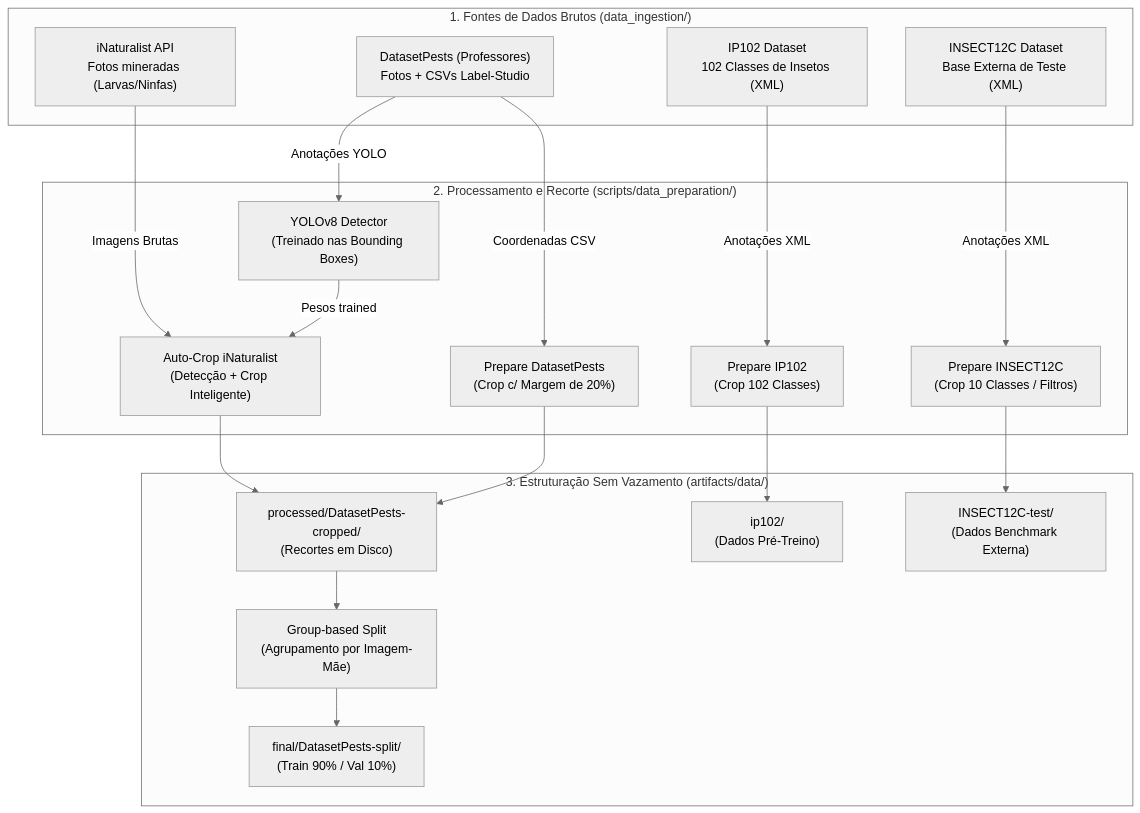
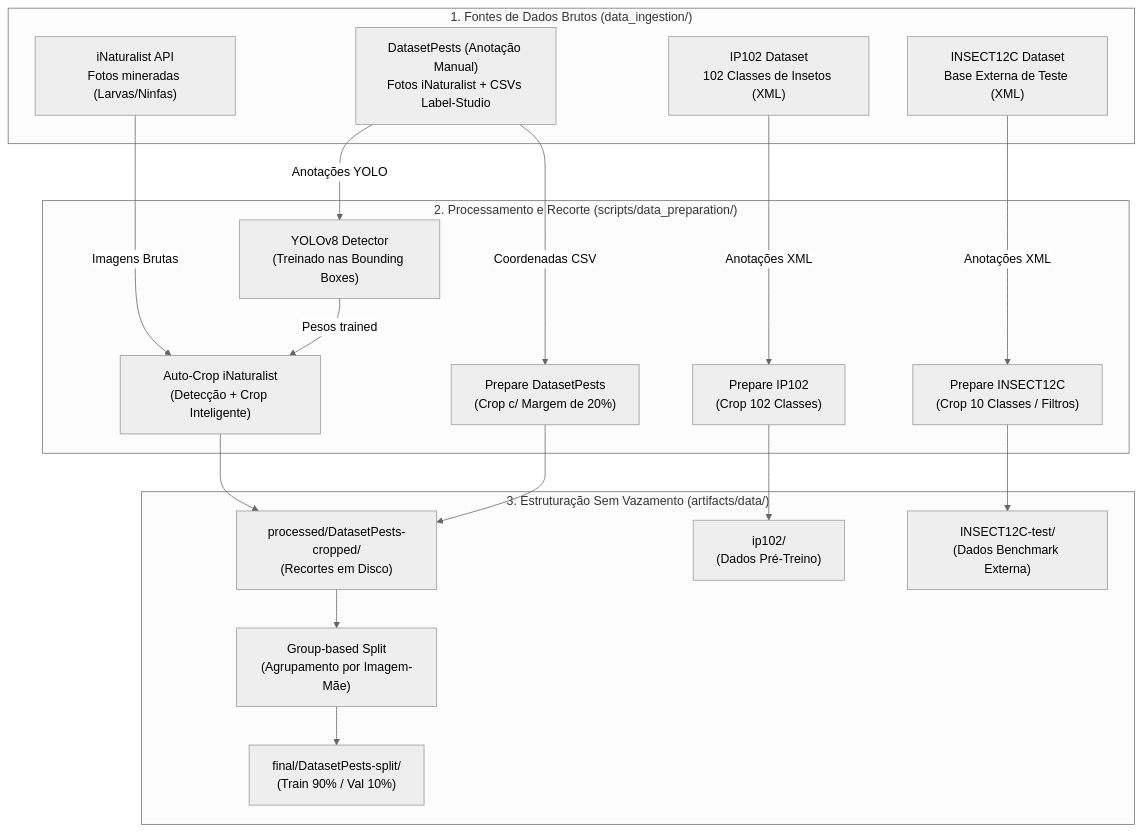
The diagram in docs/03_preparacao_dados/01_pipeline_preprocessamento.md (nanshibukawa/soybean-leaf-pest-damage), drawn with Mermaid (neutral theme) before and after one commit. The commit also changed other lines of this file and 4 other files, not shown here.

Commit message:
docs: formalize DatasetPests origin from iNaturalist and update benchmark tables

````diff
--- a/docs/03_preparacao_dados/01_pipeline_preprocessamento.md
+++ b/docs/03_preparacao_dados/01_pipeline_preprocessamento.md
@@ -11,39 +11,39 @@
 ```mermaid
 flowchart TD
     subgraph INGESTAO ["1. Fontes de Dados Brutos (data_ingestion/)"]
-        A1["DatasetPests (Professores)\nFotos + CSVs Label-Studio"]
+        A1["DatasetPests (Anotação Manual)\nFotos iNaturalist + CSVs Label-Studio"]
         A2["iNaturalist API\nFotos mineradas (Larvas/Ninfas)"]
         A3["IP102 Dataset\n102 Classes de Insetos (XML)"]
         A4["INSECT12C Dataset\nBase Externa de Teste (XML)"]
     end
 
     subgraph PREPROC ["2. Processamento e Recorte (scripts/data_preparation/)"]
         B1["YOLOv8 Detector\n(Treinado nas Bounding Boxes)"]
         B2["Auto-Crop iNaturalist\n(Detecção + Crop Inteligente)"]
         B3["Prepare DatasetPests\n(Crop c/ Margem de 20%)"]
         B4["Prepare IP102\n(Crop 102 Classes)"]
         B5["Prepare INSECT12C\n(Crop 10 Classes / Filtros)"]
     end
 
     subgraph DIVISION ["3. Estruturação Sem Vazamento (artifacts/data/)"]
         C1["processed/DatasetPests-cropped/\n(Recortes em Disco)"]
         C2["Group-based Split\n(Agrupamento por Imagem-Mãe)"]
         C3["final/DatasetPests-split/\n(Train 90% / Val 10%)"]
         C4["ip102/\n(Dados Pré-Treino)"]
         C5["INSECT12C-test/\n(Dados Benchmark Externa)"]
     end
 
     A1 -->|Anotações YOLO| B1
     A2 -->|Imagens Brutas| B2
     B1 -->|Pesos trained| B2
     A1 -->|Coordenadas CSV| B3
     A3 -->|Anotações XML| B4
     A4 -->|Anotações XML| B5
 
     B2 --> C1
     B3 --> C1
     C1 --> C2
     C2 --> C3
     B4 --> C4
     B5 --> C5
 ```
````
